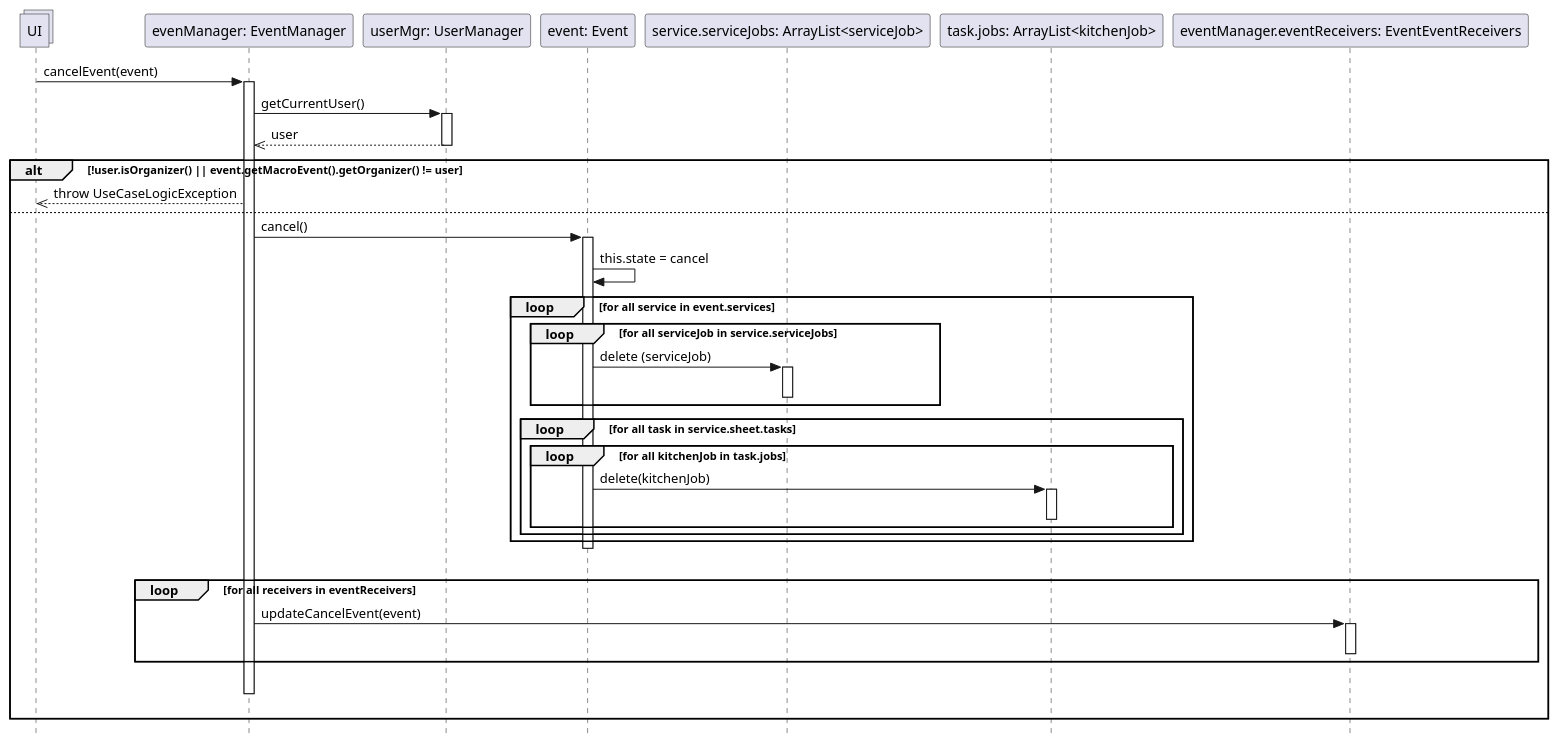
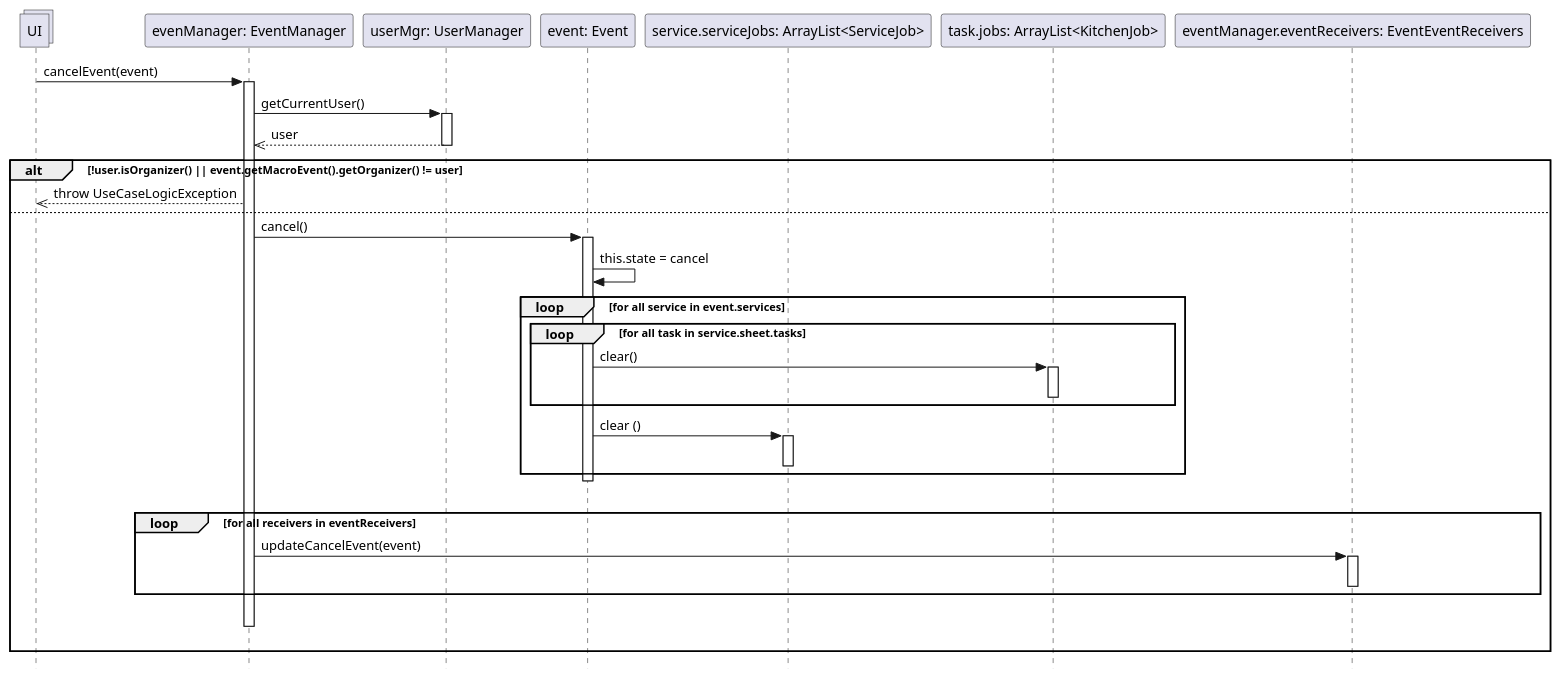
Before and after one commit to stefa168/sas-project: the diagram in UP/Progettazione/UC Gestire Eventi/DSD/DSD Operazione 1a.2.puml, drawn with PlantUML. The commit also changed 3 other files, not shown here.

```diff
--- a/UP/Progettazione/UC Gestire Eventi/DSD/DSD Operazione 1a.2.puml
+++ b/UP/Progettazione/UC Gestire Eventi/DSD/DSD Operazione 1a.2.puml
@@ -1,52 +1,50 @@
 @startuml
 skinparam Style strictuml
 
 collections UI
 participant "evenManager: EventManager" as em
 participant "userMgr: UserManager" as um
 participant "event: Event" as ev
-participant "service.serviceJobs: ArrayList<serviceJob>" as sj
-participant "task.jobs: ArrayList<kitchenJob>" as kj
+participant "service.serviceJobs: ArrayList<ServiceJob>" as sj
+participant "task.jobs: ArrayList<KitchenJob>" as kj
 participant "eventManager.eventReceivers: EventEventReceivers" as eer
 
 UI -> em: cancelEvent(event)
 activate em
 em -> um: getCurrentUser()
 activate um
 em <<-- um: user
 deactivate um
 
 alt !user.isOrganizer() || event.getMacroEvent().getOrganizer() != user
     UI <<-- em: throw UseCaseLogicException
 else
     em -> ev: cancel()
     activate ev
     ev -> ev: this.state = cancel
 
     loop for all service in event.services
-        loop for all serviceJob in service.serviceJobs
-            ev -> sj: delete (serviceJob)
-            activate sj
-            deactivate sj
+
+        loop for all task in service.sheet.tasks
+            ev -> kj: clear()
+            activate kj
+            deactivate kj
         end
-        loop for all task in service.sheet.tasks
-            loop for all kitchenJob in task.jobs
-                ev -> kj: delete(kitchenJob)
-                activate kj
-                deactivate kj
-            end
-        end
+
+        ev -> sj: clear ()
+        activate sj
+        deactivate sj
     end
 
     deactivate ev
     |||
     loop for all receivers in eventReceivers
         em -> eer: updateCancelEvent(event)
         activate eer
         deactivate eer
     end
     |||
     deactivate em
     |||
 end
 @enduml
```
